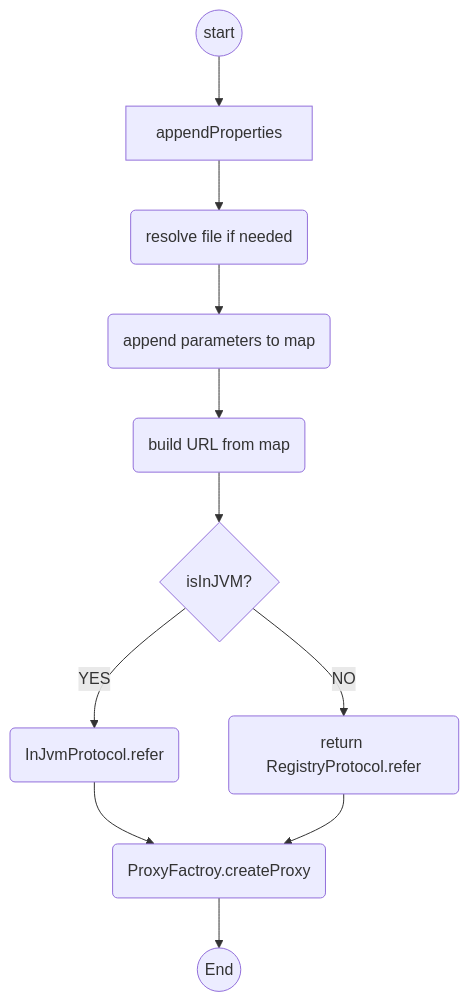
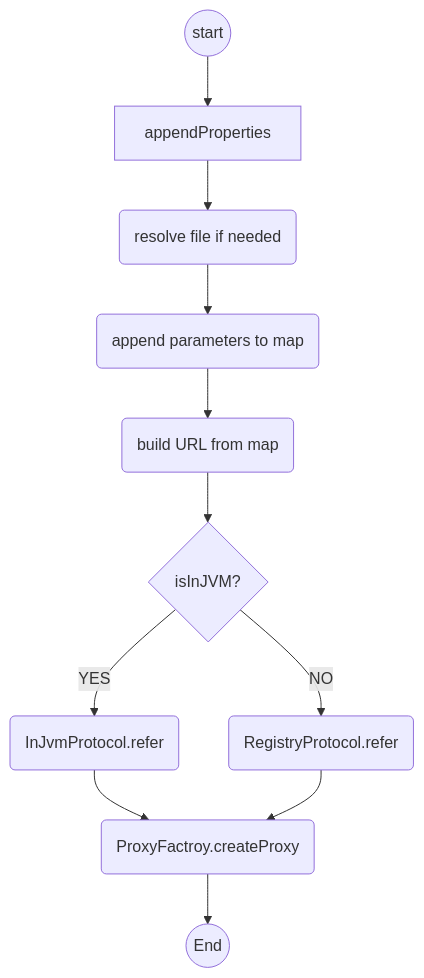
The third of 3 diagrams in dubbo/dubbo.md (zhudongdong/docs), drawn with Mermaid before and after one commit. The commit also changed other lines of this file, not shown here.

Commit message:
Uploaded by https://stackedit.io/

````diff
--- a/dubbo/dubbo.md
+++ b/dubbo/dubbo.md
@@ -211,15 +211,15 @@
 ```mermaid
 graph TD
 Z((start))-->A[appendProperties]
 A--> B(resolve file if needed) 
 B-->C(append parameters to map)
 C-->D(build URL from map)
 D-->E{isInJVM?}
 E--YES-->F(InJvmProtocol.refer)
 F--> G(ProxyFactroy.createProxy)
 G-->H((End))
-E--NO-->I(return RegistryProtocol.refer)
+E--NO-->I(RegistryProtocol.refer)
 I-->G
 
 
 ```
````
